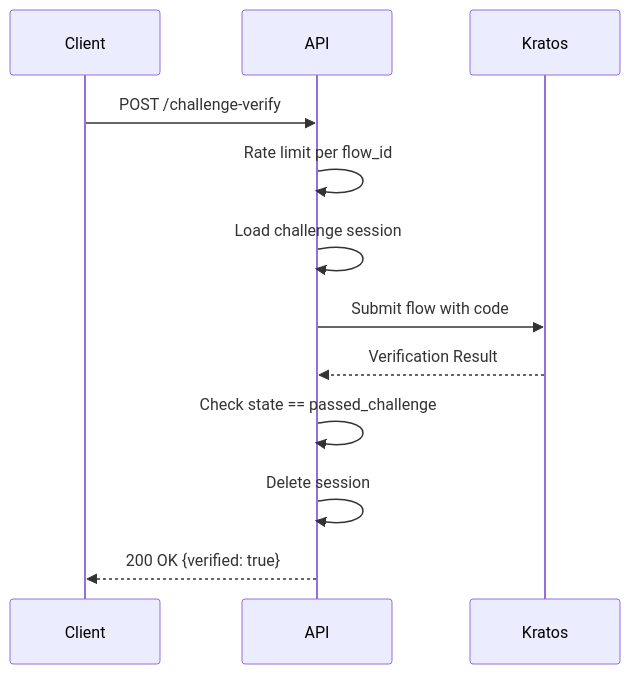
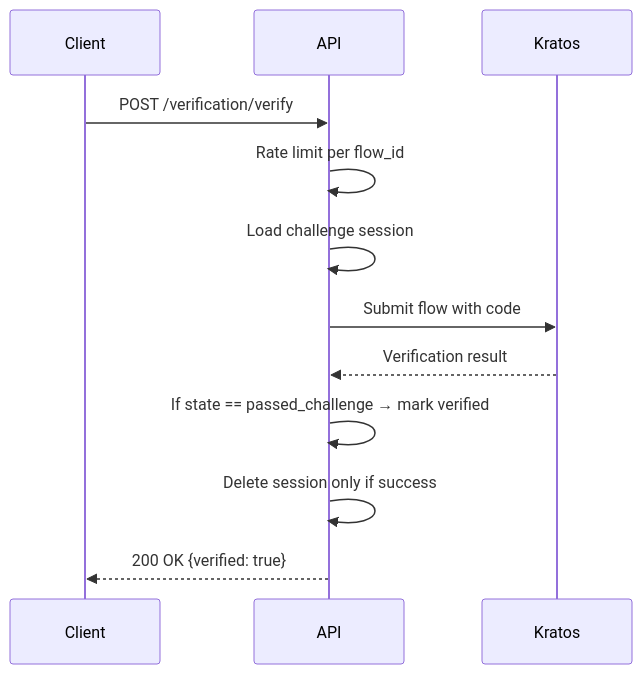
One commit to lifenetwork-ai/iam-service changed the second of 2 diagrams in dev-docs/Verification.md. Above: the diagram before and after it, drawn with Mermaid. The commit also changed other lines of this file and 1 other file, not shown here.

Commit message:
fix: return error when verified is false

````diff
--- a/dev-docs/Verification.md
+++ b/dev-docs/Verification.md
@@ -100,15 +100,15 @@
 ```mermaid
 sequenceDiagram
     participant Client
     participant API
     participant Kratos
 
-    Client->>API: POST /challenge-verify
+    Client->>API: POST /verification/verify
     API->>API: Rate limit per flow_id
     API->>API: Load challenge session
     API->>Kratos: Submit flow with code
-    Kratos-->>API: Verification Result
-    API->>API: Check state == passed_challenge
-    API->>API: Delete session
+    Kratos-->>API: Verification result
+    API->>API: If state == passed_challenge → mark verified
+    API->>API: Delete session only if success
     API-->>Client: 200 OK {verified: true}
 ```
````
